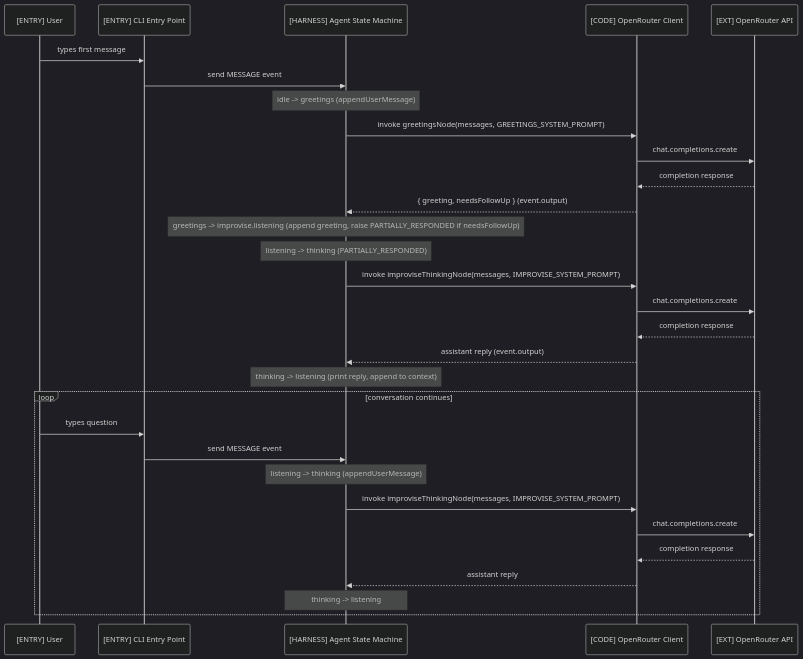
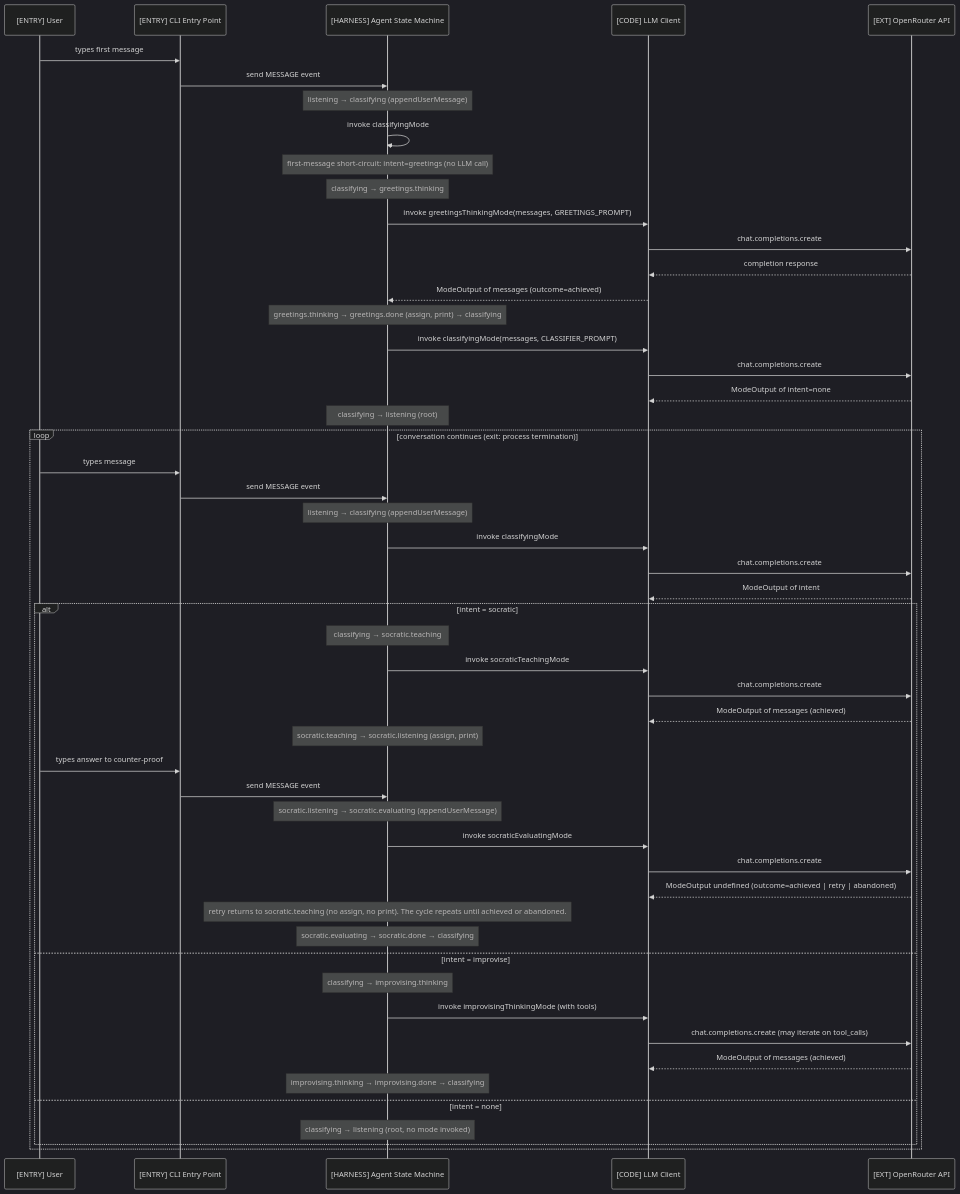
Before and after one commit to EduardoRenani/ai-agent-xstate: the diagram in docs/architecture/c4/flows/user-chat.mmd, drawn with Mermaid (dark theme). The commit also changed 5 other files, not shown here.

First line of the commit message:
docs(architecture): refresh C4 and state-machine diagrams for spec 003

```diff
--- a/docs/architecture/c4/flows/user-chat.mmd
+++ b/docs/architecture/c4/flows/user-chat.mmd
@@ -1,36 +1,61 @@
 %% Spec: c4-doc.md
 %% Modo: incremental
-%% Atualizado: 2026-05-14
-%% Fonte: src/index.ts, src/machine.ts, src/openrouter.ts
+%% Atualizado: 2026-05-15
+%% Fonte: src/index.ts, src/machine.ts, src/llm-client.ts, src/states/*.mode.ts
 sequenceDiagram
     participant user as [ENTRY] User
     participant cli as [ENTRY] CLI Entry Point
     participant machine as [HARNESS] Agent State Machine
-    participant client as [CODE] OpenRouter Client
+    participant client as [CODE] LLM Client
     participant api as [EXT] OpenRouter API
 
     user->>cli: types first message
     cli->>machine: send MESSAGE event
-    Note over machine: idle -> greetings (appendUserMessage)
-    machine->>client: invoke greetingsNode(messages, GREETINGS_SYSTEM_PROMPT)
+    Note over machine: listening → classifying (appendUserMessage)
+    machine->>machine: invoke classifyingMode
+    Note over machine: first-message short-circuit: intent=greetings (no LLM call)
+    Note over machine: classifying → greetings.thinking
+    machine->>client: invoke greetingsThinkingMode(messages, GREETINGS_PROMPT)
     client->>api: chat.completions.create
     api-->>client: completion response
-    client-->>machine: { greeting, needsFollowUp } (event.output)
-    Note over machine: greetings -> improvise.listening (append greeting, raise PARTIALLY_RESPONDED if needsFollowUp)
-    Note over machine: listening -> thinking (PARTIALLY_RESPONDED)
-    machine->>client: invoke improviseThinkingNode(messages, IMPROVISE_SYSTEM_PROMPT)
+    client-->>machine: ModeOutput of messages (outcome=achieved)
+    Note over machine: greetings.thinking → greetings.done (assign, print) → classifying
+    machine->>client: invoke classifyingMode(messages, CLASSIFIER_PROMPT)
     client->>api: chat.completions.create
-    api-->>client: completion response
-    client-->>machine: assistant reply (event.output)
-    Note over machine: thinking -> listening (print reply, append to context)
+    api-->>client: ModeOutput of intent=none
+    Note over machine: classifying → listening (root)
 
-    loop conversation continues
-        user->>cli: types question
+    loop conversation continues (exit: process termination)
+        user->>cli: types message
         cli->>machine: send MESSAGE event
-        Note over machine: listening -> thinking (appendUserMessage)
-        machine->>client: invoke improviseThinkingNode(messages, IMPROVISE_SYSTEM_PROMPT)
+        Note over machine: listening → classifying (appendUserMessage)
+        machine->>client: invoke classifyingMode
         client->>api: chat.completions.create
-        api-->>client: completion response
-        client-->>machine: assistant reply
-        Note over machine: thinking -> listening
+        api-->>client: ModeOutput of intent
+
+        alt intent = socratic
+            Note over machine: classifying → socratic.teaching
+            machine->>client: invoke socraticTeachingMode
+            client->>api: chat.completions.create
+            api-->>client: ModeOutput of messages (achieved)
+            Note over machine: socratic.teaching → socratic.listening (assign, print)
+            user->>cli: types answer to counter-proof
+            cli->>machine: send MESSAGE event
+            Note over machine: socratic.listening → socratic.evaluating (appendUserMessage)
+            machine->>client: invoke socraticEvaluatingMode
+            client->>api: chat.completions.create
+            api-->>client: ModeOutput undefined (outcome=achieved | retry | abandoned)
+            Note over machine: retry returns to socratic.teaching (no assign, no print). The cycle repeats until achieved or abandoned.
+            Note over machine: socratic.evaluating → socratic.done → classifying
+
+        else intent = improvise
+            Note over machine: classifying → improvising.thinking
+            machine->>client: invoke improvisingThinkingMode (with tools)
+            client->>api: chat.completions.create (may iterate on tool_calls)
+            api-->>client: ModeOutput of messages (achieved)
+            Note over machine: improvising.thinking → improvising.done → classifying
+
+        else intent = none
+            Note over machine: classifying → listening (root, no mode invoked)
+        end
     end
```
